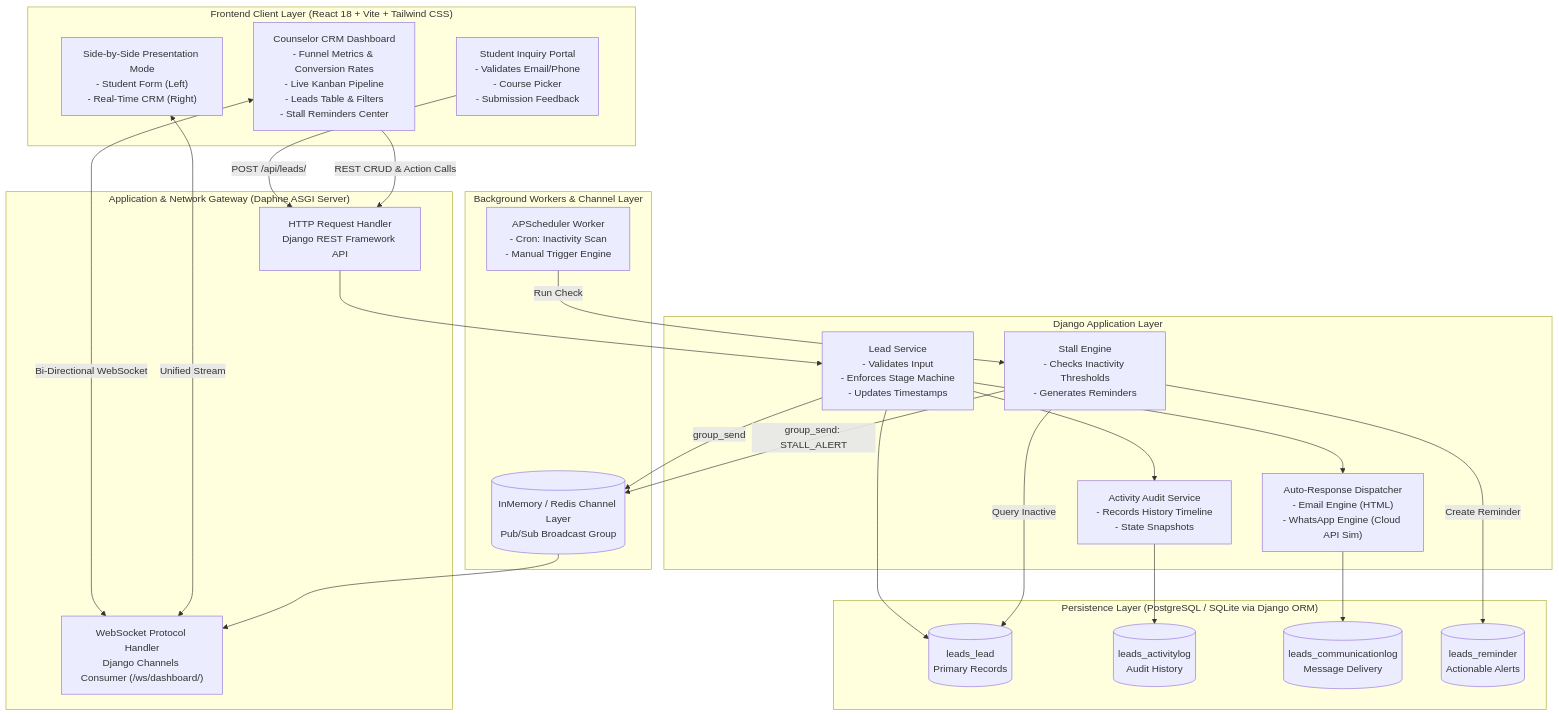
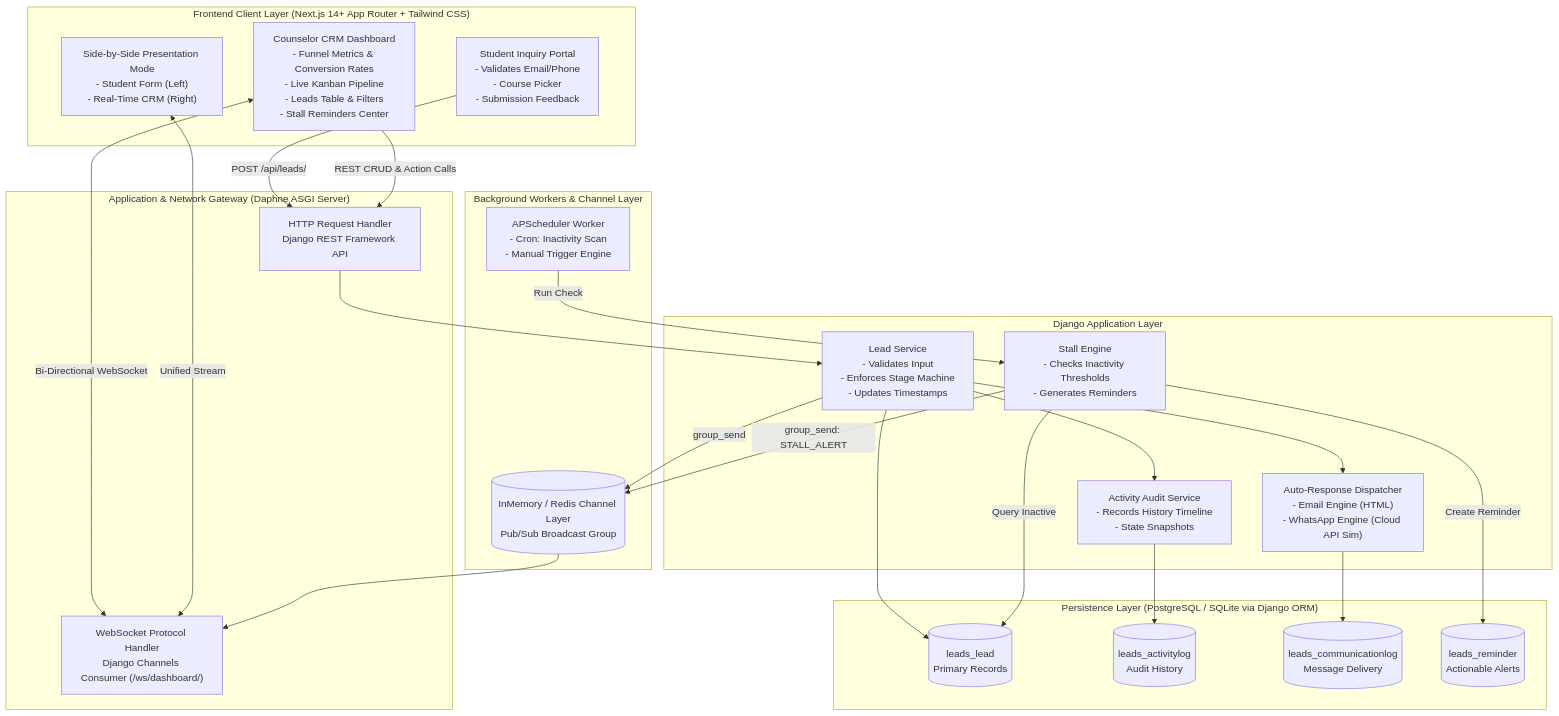
One commit to AAYU688AAYU/lead_tracker changed the first of 4 diagrams in README.md. Above: the diagram before and after it, drawn with Mermaid. The commit also changed other lines of this file, not shown here.

Commit message:
Update frontend stack from React to Next.js in implementation plan

````diff
--- a/README.md
+++ b/README.md
@@ -38,50 +38,50 @@
 ```mermaid
 flowchart TB
-    subgraph Frontend_Layer ["Frontend Client Layer (React 18 + Vite + Tailwind CSS)"]
+    subgraph Frontend_Layer ["Frontend Client Layer (Next.js 14+ App Router + Tailwind CSS)"]
         SF["Student Inquiry Portal\n- Validates Email/Phone\n- Course Picker\n- Submission Feedback"]
         CRM["Counselor CRM Dashboard\n- Funnel Metrics & Conversion Rates\n- Live Kanban Pipeline\n- Leads Table & Filters\n- Stall Reminders Center"]
         SPLIT["Side-by-Side Presentation Mode\n- Student Form (Left)\n- Real-Time CRM (Right)"]
     end
 
     subgraph Gateway_ASGI ["Application & Network Gateway (Daphne ASGI Server)"]
         HTTP_HANDLER["HTTP Request Handler\nDjango REST Framework API"]
         WS_HANDLER["WebSocket Protocol Handler\nDjango Channels Consumer (/ws/dashboard/)"]
     end
 
     subgraph Business_Logic ["Django Application Layer"]
         LEAD_SVC["Lead Service\n- Validates Input\n- Enforces Stage Machine\n- Updates Timestamps"]
         AUDIT_SVC["Activity Audit Service\n- Records History Timeline\n- State Snapshots"]
         NOTIF_SVC["Auto-Response Dispatcher\n- Email Engine (HTML)\n- WhatsApp Engine (Cloud API Sim)"]
         STALL_SVC["Stall Engine\n- Checks Inactivity Thresholds\n- Generates Reminders"]
     end
 
     subgraph Data_Layer ["Persistence Layer (PostgreSQL / SQLite via Django ORM)"]
         T_LEAD[("leads_lead\nPrimary Records")]
         T_ACT[("leads_activitylog\nAudit History")]
         T_COMM[("leads_communicationlog\nMessage Delivery")]
         T_REM[("leads_reminder\nActionable Alerts")]
     end
 
     subgraph Async_Engine ["Background Workers & Channel Layer"]
         CHANNEL_LAYER[("InMemory / Redis Channel Layer\nPub/Sub Broadcast Group")]
         SCHEDULER["APScheduler Worker\n- Cron: Inactivity Scan\n- Manual Trigger Engine"]
     end
 
     SF -->|POST /api/leads/| HTTP_HANDLER
     CRM -->|REST CRUD & Action Calls| HTTP_HANDLER
     CRM <-->|Bi-Directional WebSocket| WS_HANDLER
     SPLIT <-->|Unified Stream| WS_HANDLER
 
     HTTP_HANDLER --> LEAD_SVC
     LEAD_SVC --> T_LEAD
     LEAD_SVC --> AUDIT_SVC --> T_ACT
     LEAD_SVC --> NOTIF_SVC --> T_COMM
     LEAD_SVC -->|group_send| CHANNEL_LAYER
 
     SCHEDULER -->|Run Check| STALL_SVC
     STALL_SVC -->|Query Inactive| T_LEAD
     STALL_SVC -->|Create Reminder| T_REM
     STALL_SVC -->|group_send: STALL_ALERT| CHANNEL_LAYER
 
     CHANNEL_LAYER --> WS_HANDLER
 ```
````
